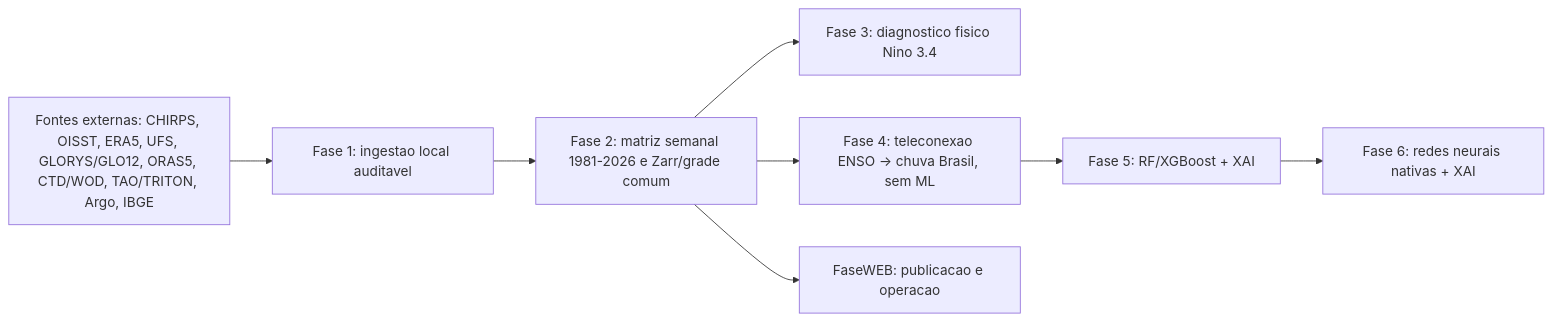
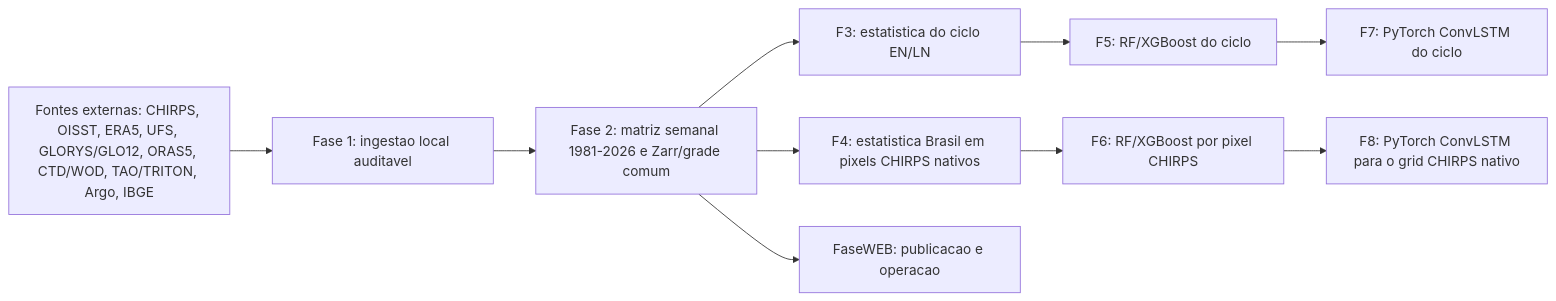
Before and after one commit to thiago-vilar/Nino26: the diagram in README.md, drawn with Mermaid. The commit also changed other lines of this file and 7 other files, not shown here.

````diff
--- a/README.md
+++ b/README.md
@@ -31,10 +33,12 @@
 ```mermaid
 flowchart LR
     A["Fontes externas: CHIRPS, OISST, ERA5, UFS, GLORYS/GLO12, ORAS5, CTD/WOD, TAO/TRITON, Argo, IBGE"] --> B["Fase 1: ingestao local auditavel"]
     B --> C["Fase 2: matriz semanal 1981-2026 e Zarr/grade comum"]
-    C --> D["Fase 3: diagnostico fisico Nino 3.4"]
-    C --> E["Fase 4: teleconexao ENSO -> chuva Brasil, sem ML"]
-    E --> F["Fase 5: RF/XGBoost + XAI"]
-    F --> G["Fase 6: redes neurais nativas + XAI"]
-    C --> H["FaseWEB: publicacao e operacao"]
+    C --> D["F3: estatistica do ciclo EN/LN"]
+    C --> E["F4: estatistica Brasil em pixels CHIRPS nativos"]
+    D --> F["F5: RF/XGBoost do ciclo"]
+    E --> G["F6: RF/XGBoost por pixel CHIRPS"]
+    F --> H["F7: PyTorch ConvLSTM do ciclo"]
+    G --> I["F8: PyTorch ConvLSTM para o grid CHIRPS nativo"]
+    C --> W["FaseWEB: publicacao e operacao"]
 ```
````
